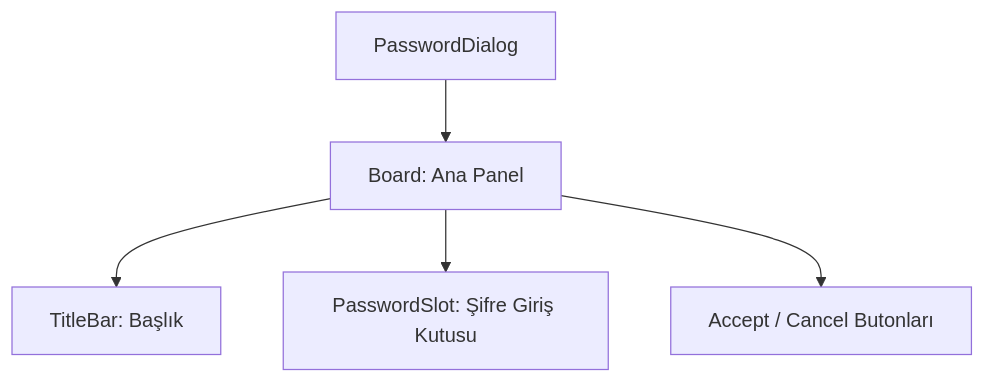
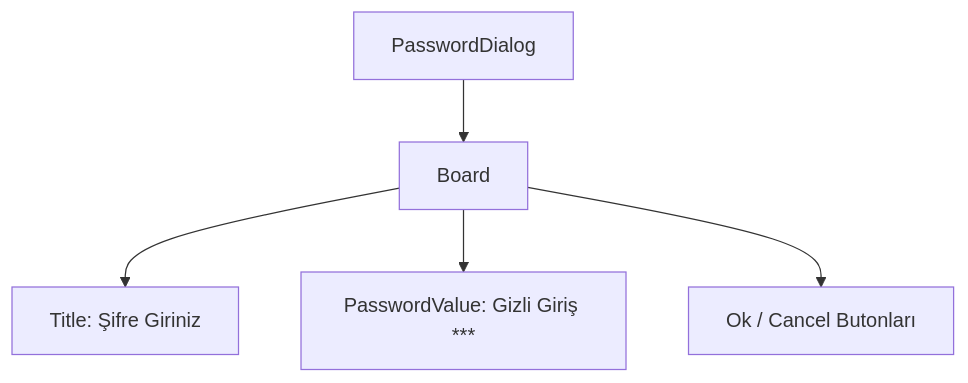
One commit to Engin622/Metin2-Pack-Agent-Skills changed the diagram in uiscript/passworddialog/skills.md. Above: the diagram before and after it, drawn with Mermaid. The commit also changed other lines of this file and 65 other files, not shown here.

````diff
--- a/uiscript/passworddialog/skills.md
+++ b/uiscript/passworddialog/skills.md
@@ -30,7 +23,7 @@
 ```mermaid
 graph TD
-    A[PasswordDialog] --> B[Board: Ana Panel]
-    B --> C[TitleBar: Başlık]
-    B --> D[PasswordSlot: Şifre Giriş Kutusu]
-    B --> E[Accept / Cancel Butonları]
+    A[PasswordDialog] --> B[Board]
+    B --> C[Title: Şifre Giriniz]
+    B --> D[PasswordValue: Gizli Giriş ***]
+    B --> E[Ok / Cancel Butonları]
 ```
````
